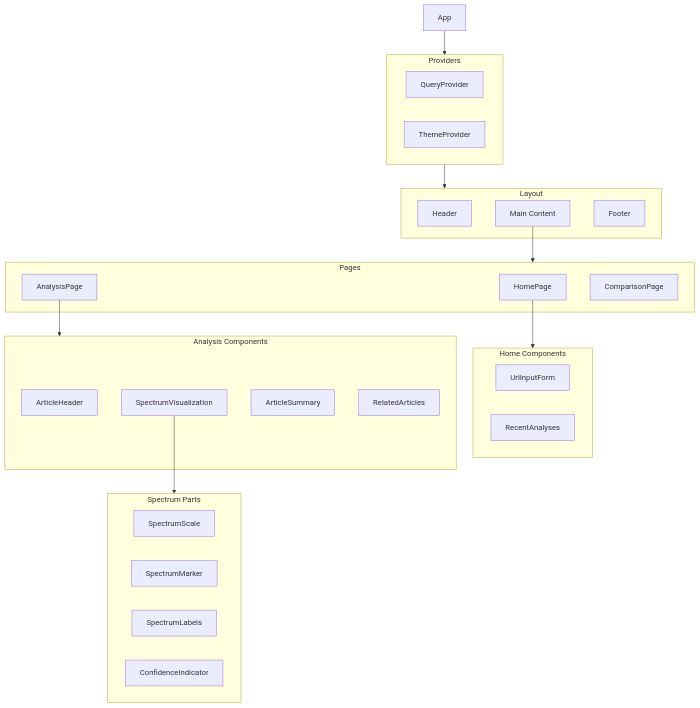
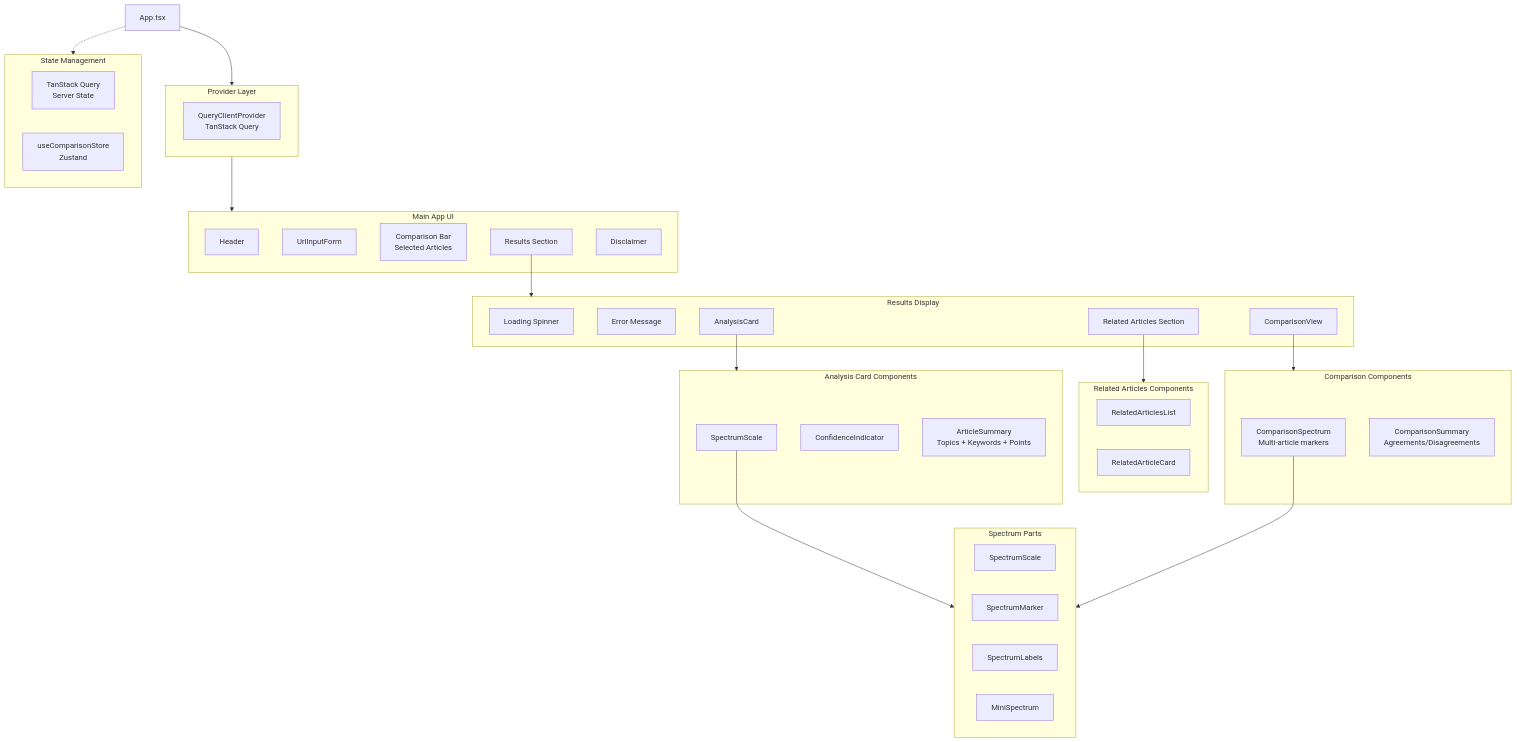
Before and after one commit to evanblasband/spectrum: the sixth of 10 diagrams in diagrams.md, drawn with Mermaid. The commit also changed other lines of this file and 2 other files, not shown here.

Commit message:
documentation update

````diff
--- a/diagrams.md
+++ b/diagrams.md
@@ -178,48 +178,65 @@
 ```mermaid
 flowchart TB
-    App[App]
+    App[App.tsx]
 
-    subgraph Providers
-        QP[QueryProvider]
-        TP[ThemeProvider]
+    subgraph Providers["Provider Layer"]
+        QP[QueryClientProvider<br/>TanStack Query]
     end
 
-    subgraph Layout
-        Header
-        Main[Main Content]
-        Footer
+    subgraph MainUI["Main App UI"]
+        Header[Header]
+        URLInput[UrlInputForm]
+        CompBar[Comparison Bar<br/>Selected Articles]
+        Results[Results Section]
+        Disclaimer[Disclaimer]
     end
 
-    subgraph Pages
-        Home[HomePage]
-        Analysis[AnalysisPage]
-        Compare[ComparisonPage]
+    subgraph ResultsSection["Results Display"]
+        Loading[Loading Spinner]
+        Error[Error Message]
+        AnalysisCard[AnalysisCard]
+        RelatedSection[Related Articles Section]
+        CompView[ComparisonView]
     end
 
-    subgraph HomeComponents["Home Components"]
-        URLInput[UrlInputForm]
-        Recent[RecentAnalyses]
+    subgraph AnalysisComponents["Analysis Card Components"]
+        SpectrumViz[SpectrumScale]
+        ConfInd[ConfidenceIndicator]
+        Summary[ArticleSummary<br/>Topics + Keywords + Points]
     end
 
-    subgraph AnalysisComponents["Analysis Components"]
-        ArticleHeader
-        SpectrumViz[SpectrumVisualization]
-        Summary[ArticleSummary]
-        Related[RelatedArticles]
+    subgraph RelatedComponents["Related Articles Components"]
+        RelatedList[RelatedArticlesList]
+        RelatedCard[RelatedArticleCard]
+    end
+
+    subgraph ComparisonComponents["Comparison Components"]
+        CompSpectrum[ComparisonSpectrum<br/>Multi-article markers]
+        CompSummary[ComparisonSummary<br/>Agreements/Disagreements]
     end
 
     subgraph SpectrumParts["Spectrum Parts"]
         Scale[SpectrumScale]
         Marker[SpectrumMarker]
         Labels[SpectrumLabels]
-        Confidence[ConfidenceIndicator]
+        Mini[MiniSpectrum]
+    end
+
+    subgraph State["State Management"]
+        RQ[TanStack Query<br/>Server State]
+        Zustand[useComparisonStore<br/>Zustand]
     end
 
     App --> Providers
-    Providers --> Layout
-    Main --> Pages
+    Providers --> MainUI
+    Results --> ResultsSection
 
-    Home --> HomeComponents
-    Analysis --> AnalysisComponents
+    AnalysisCard --> AnalysisComponents
+    RelatedSection --> RelatedComponents
+    CompView --> ComparisonComponents
+
     SpectrumViz --> SpectrumParts
+    CompSpectrum --> SpectrumParts
+
+    App -.-> State
 ```
````
